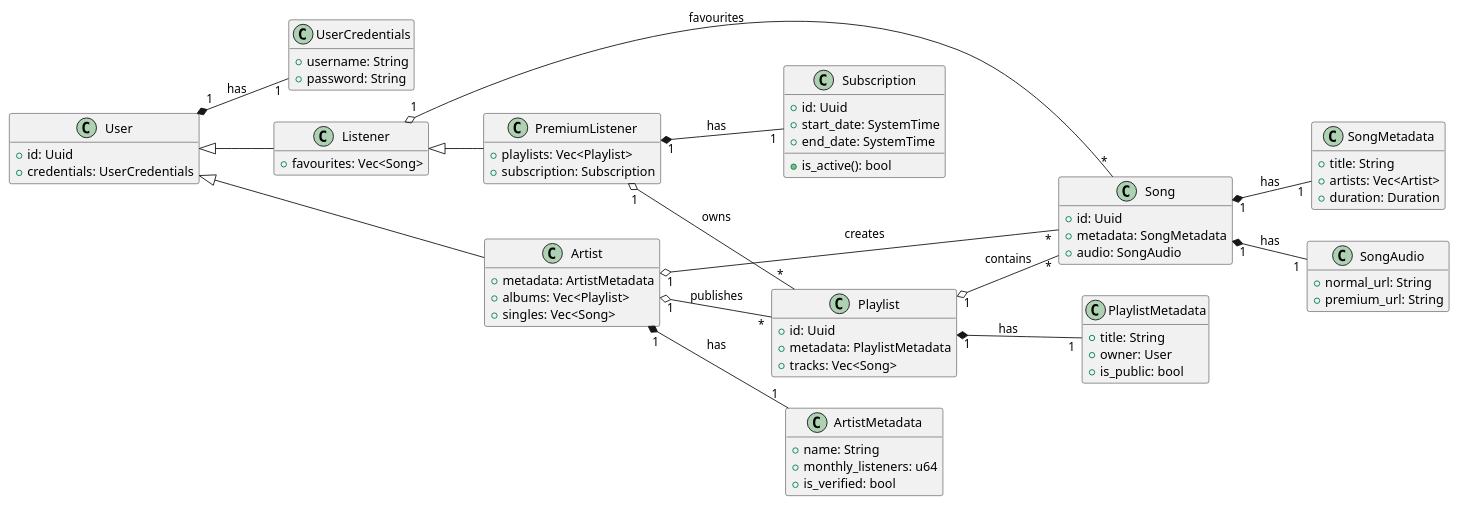
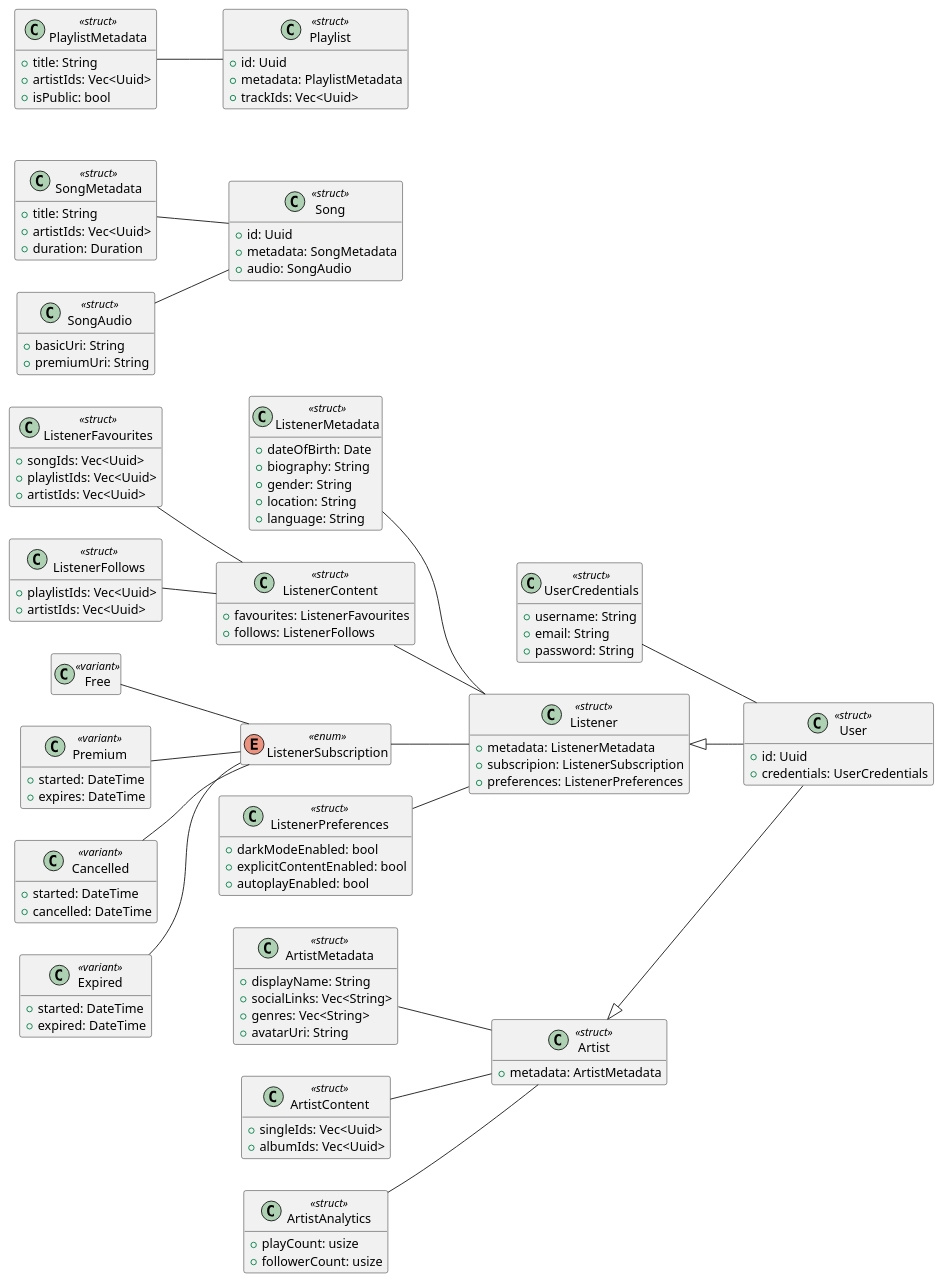
Before and after one commit to NTDuck/curtain-call: the diagram in class-diagrams/domain-class-diagram.puml, drawn with PlantUML. The commit also changed 2 other files, not shown here.

```diff
--- a/class-diagrams/domain-class-diagram.puml
+++ b/class-diagrams/domain-class-diagram.puml
@@ -1,95 +1,163 @@
 @startuml
 
 left to right direction
 hide empty members
 skinparam BackgroundColor transparent
 
-class User {
-    + id: Uuid
-    + credentials: UserCredentials
+class User <<struct>> {
+  + id: Uuid
+  + credentials: UserCredentials
 }
 
-class UserCredentials {
-    + username: String
-    + password: String
+class UserCredentials <<struct>> {
+  + username: String
+  + email: String
+  + password: String
 }
 
-class Listener {
-    + favourites: Vec<Song>
+UserCredentials -- User
+
+class Listener <<struct>> {
+  + metadata: ListenerMetadata
+  + subscripion: ListenerSubscription
+  + preferences: ListenerPreferences
 }
 
-class PremiumListener {
-    + playlists: Vec<Playlist>
-    + subscription: Subscription
+Listener <|-- User
+
+class ListenerMetadata <<struct>> {
+  + dateOfBirth: Date
+  + biography: String
+  + gender: String
+  + location: String
+  + language: String
 }
 
-class Artist {
-    + metadata: ArtistMetadata
-    + albums: Vec<Playlist>
-    + singles: Vec<Song>
+ListenerMetadata -- Listener
+
+class ListenerContent <<struct>> {
+  + favourites: ListenerFavourites
+  + follows: ListenerFollows
 }
 
-class ArtistMetadata {
-    + name: String
-    + monthly_listeners: u64
-    + is_verified: bool
+ListenerContent -- Listener
+
+class ListenerFavourites <<struct>> {
+  + songIds: Vec<Uuid>
+  + playlistIds: Vec<Uuid>
+  + artistIds: Vec<Uuid>
 }
 
-class Subscription {
-    + id: Uuid
-    + start_date: SystemTime
-    + end_date: SystemTime
+ListenerFavourites -- ListenerContent
 
-    + is_active(): bool
+class ListenerFollows <<struct>> {
+  + playlistIds: Vec<Uuid>
+  + artistIds: Vec<Uuid>
 }
 
-class Song {
-    + id: Uuid
-    + metadata: SongMetadata
-    + audio: SongAudio
+ListenerFollows -- ListenerContent
+
+enum ListenerSubscription <<enum>> {
 }
 
-class SongMetadata {
-    + title: String
-    + artists: Vec<Artist>
-    + duration: Duration
+ListenerSubscription -- Listener
+
+class Free <<variant>> {
 }
 
-class SongAudio {
-    + normal_url: String
-    + premium_url: String
+Free -- ListenerSubscription
+
+class Premium <<variant>> {
+  + started: DateTime
+  + expires: DateTime
 }
 
-class Playlist {
-    + id: Uuid
-    + metadata: PlaylistMetadata
-    + tracks: Vec<Song>
+Premium -- ListenerSubscription
+
+class Cancelled <<variant>> {
+  + started: DateTime
+  + cancelled: DateTime
 }
 
-class PlaylistMetadata {
-    + title: String
-    + owner: User
-    + is_public: bool
+Cancelled -- ListenerSubscription
+
+class Expired <<variant>> {
+  + started: DateTime
+  + expired: DateTime
 }
 
-' Inheritance
-Listener <|-- PremiumListener
-User <|-- Listener
-User <|-- Artist
+Expired -- ListenerSubscription
 
-' Compositions
-User "1" *-- "1" UserCredentials: "has"
-PremiumListener "1" *-- "1" Subscription: "has"
-Artist "1" *-- "1" ArtistMetadata: "has"
-Song "1" *-- "1" SongMetadata: "has"
-Song "1" *-- "1" SongAudio: "has"
-Playlist "1" *-- "1" PlaylistMetadata: "has"
+class ListenerPreferences <<struct>> {
+  + darkModeEnabled: bool
+  + explicitContentEnabled: bool
+  + autoplayEnabled: bool
+}
 
-' Aggregations
-Playlist "1" o-- "*" Song: "contains"
-PremiumListener "1" o-- "*" Playlist: "owns"
-Listener "1" o-- "*" Song: "favourites"
-Artist "1" o-- "*" Song: "creates"
-Artist "1" o-- "*" Playlist: "publishes"
+ListenerPreferences -- Listener
+
+class Artist <<struct>> {
+  + metadata: ArtistMetadata
+}
+
+Artist <|-- User
+
+class ArtistMetadata <<struct>> {
+  + displayName: String
+  + socialLinks: Vec<String>
+  + genres: Vec<String>
+  + avatarUri: String
+}
+
+ArtistMetadata -- Artist
+
+class ArtistContent <<struct>> {
+  + singleIds: Vec<Uuid>
+  + albumIds: Vec<Uuid>
+}
+
+ArtistContent -- Artist
+
+class ArtistAnalytics <<struct>> {
+  + playCount: usize
+  + followerCount: usize
+}
+
+ArtistAnalytics -- Artist
+
+class Song <<struct>> {
+  + id: Uuid
+  + metadata: SongMetadata
+  + audio: SongAudio
+}
+
+class SongMetadata <<struct>> {
+  + title: String
+  + artistIds: Vec<Uuid>
+  + duration: Duration
+}
+
+SongMetadata -- Song
+
+class SongAudio <<struct>> {
+  + basicUri: String
+  + premiumUri: String
+}
+
+SongAudio -- Song
+
+class Playlist <<struct>> {
+  + id: Uuid
+  + metadata: PlaylistMetadata
+  + trackIds: Vec<Uuid>
+}
+
+class PlaylistMetadata <<struct>> {
+  + title: String
+  + artistIds: Vec<Uuid>
+  + isPublic: bool
+}
+
+PlaylistMetadata -- Playlist
 
 @enduml
```
